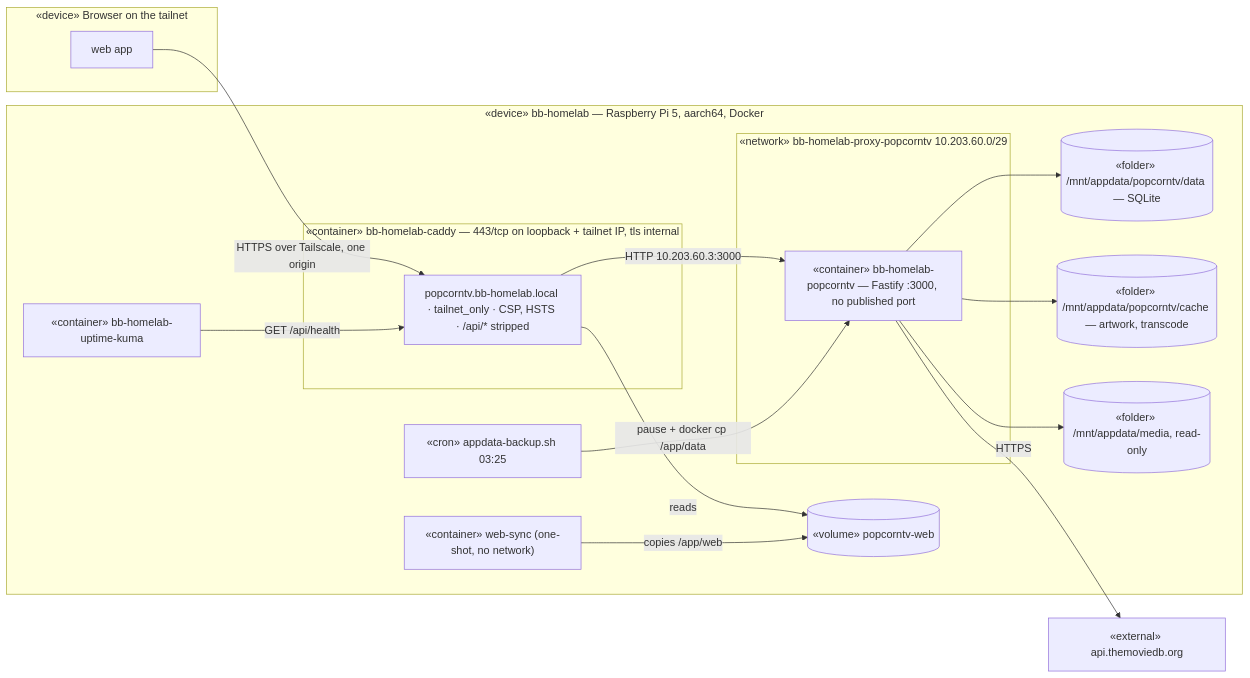
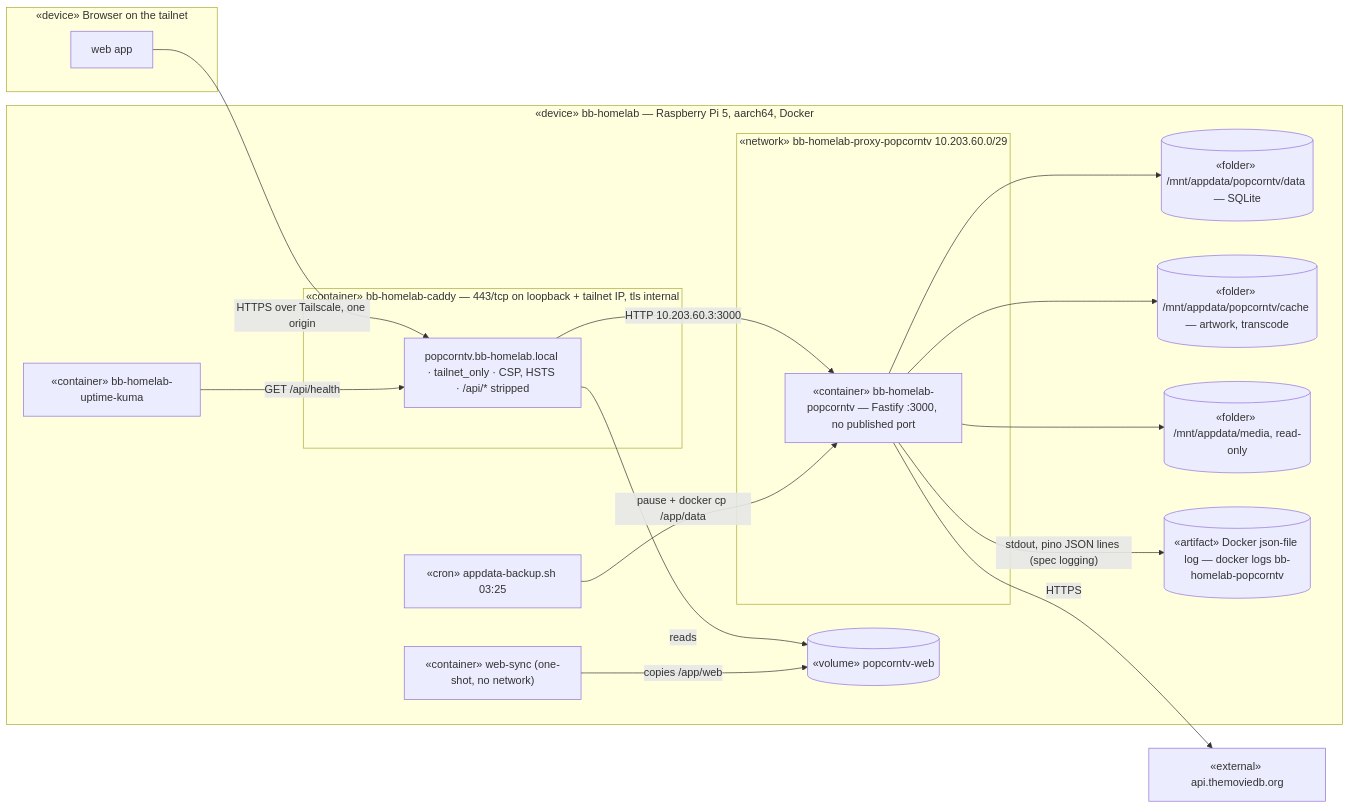
Before and after one commit to benoit-bremaud/popcorntv: the diagram in docs/architecture/diagrams/deploy/08-deployment-prod.md, drawn with Mermaid. The commit also changed 26 other files, not shown here.

First line of the commit message:
feat(server): logging policy, LOG_LEVEL, domain logs and log coverage

````diff
--- a/docs/architecture/diagrams/deploy/08-deployment-prod.md
+++ b/docs/architecture/diagrams/deploy/08-deployment-prod.md
@@ -14,34 +14,36 @@
 ```mermaid
 flowchart LR
   subgraph Client["«device» Browser on the tailnet"]
     Web["web app"]
   end
 
   subgraph Pi["«device» bb-homelab — Raspberry Pi 5, aarch64, Docker"]
     subgraph Caddy["«container» bb-homelab-caddy — 443/tcp on loopback + tailnet IP, tls internal"]
       Site["popcorntv.bb-homelab.local · tailnet_only · CSP, HSTS · /api/* stripped"]
     end
     subgraph Net["«network» bb-homelab-proxy-popcorntv 10.203.60.0/29"]
       App["«container» bb-homelab-popcorntv — Fastify :3000, no published port"]
     end
     Sync["«container» web-sync (one-shot, no network)"]
     WebVol[("«volume» popcorntv-web")]
     Data[("«folder» /mnt/appdata/popcorntv/data — SQLite")]
     Cache[("«folder» /mnt/appdata/popcorntv/cache — artwork, transcode")]
     Media[("«folder» /mnt/appdata/media, read-only")]
     Kuma["«container» bb-homelab-uptime-kuma"]
     Backup["«cron» appdata-backup.sh 03:25"]
+    Logs[("«artifact» Docker json-file log — docker logs bb-homelab-popcorntv")]
   end
   TMDB["«external» api.themoviedb.org"]
 
   Web -->|"HTTPS over Tailscale, one origin"| Site
   Site -->|"HTTP 10.203.60.3:3000"| App
   Site -->|"reads"| WebVol
   Sync -->|"copies /app/web"| WebVol
   App --> Data
   App --> Cache
   App --> Media
   App -->|"HTTPS"| TMDB
+  App -->|"stdout, pino JSON lines (spec logging)"| Logs
   Kuma -->|"GET /api/health"| Site
   Backup -->|"pause + docker cp /app/data"| App
 ```
````
